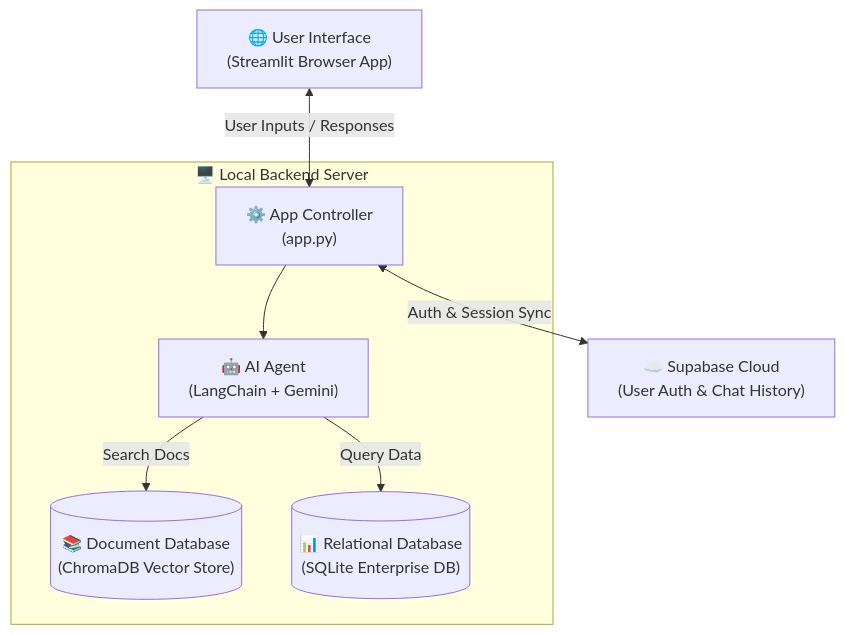
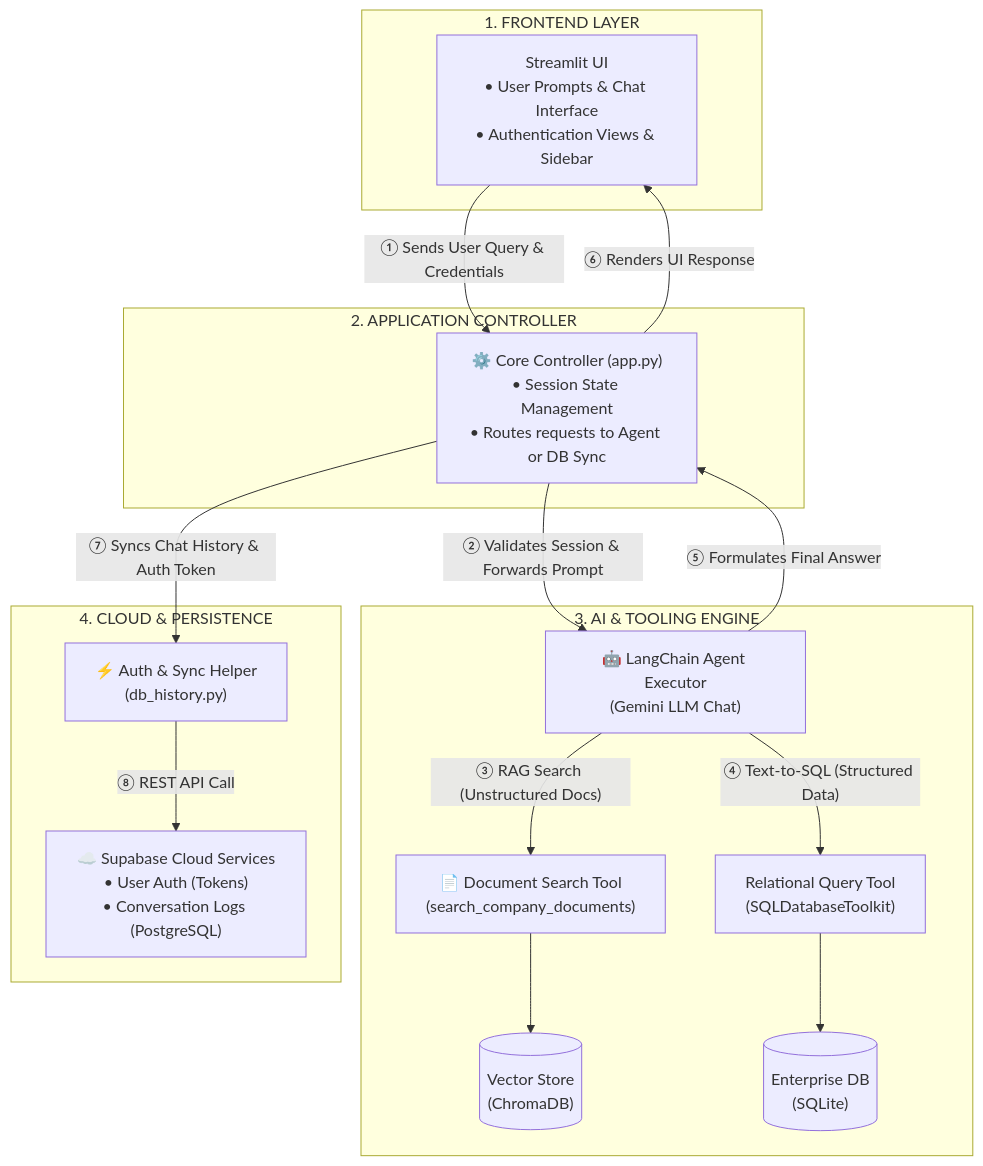
One commit to snehawalve/BizWhisperer-Smart-AI-Data-Agent changed the diagram in README.md. Above: the diagram before and after it, drawn with Mermaid.

````diff
--- a/README.md
+++ b/README.md
@@ -29,20 +29,38 @@
 ```mermaid
 flowchart TD
-    A["🌐 User Interface<br/>(Streamlit Browser App)"] 
-    
-    subgraph Server ["🖥️ Local Backend Server"]
-        B["⚙️ App Controller<br/>(app.py)"]
-        C["🤖 AI Agent<br/>(LangChain + Gemini)"]
-        D[("📚 Document Database<br/>(ChromaDB Vector Store)")]
-        E[("📊 Relational Database<br/>(SQLite Enterprise DB)")]
-        
-        B --> C
-        C -->|Search Docs| D
-        C -->|Query Data| E
+    %% Node Definitions
+    subgraph Layer1 ["1. FRONTEND LAYER"]
+        UI["Streamlit UI<br/>• User Prompts & Chat Interface<br/>• Authentication Views & Sidebar"]
     end
 
-    F["☁️ Supabase Cloud<br/>(User Auth & Chat History)"]
+    subgraph Layer2 ["2. APPLICATION CONTROLLER"]
+        APP["⚙️ Core Controller (app.py)<br/>• Session State Management<br/>• Routes requests to Agent or DB Sync"]
+    end
 
-    A <-->|"User Inputs / Responses"| B
-    B <-->|"Auth & Session Sync"| F
+    subgraph Layer3 ["3. AI & TOOLING ENGINE"]
+        AGENT["🤖 LangChain Agent Executor<br/>(Gemini LLM Chat)"]
+        TOOLS["📄 Document Search Tool<br/>(search_company_documents)"]
+        SQL_TOOL["Relational Query Tool<br/>(SQLDatabaseToolkit)"]
+        
+        VECTOR[("Vector Store<br/>(ChromaDB)")]
+        SQLITE[("Enterprise DB<br/>(SQLite)")]
+    end
+
+    subgraph Layer4 ["4. CLOUD & PERSISTENCE"]
+        DB_HIST["⚡ Auth & Sync Helper<br/>(db_history.py)"]
+        SUPA["☁️ Supabase Cloud Services<br/>• User Auth (Tokens)<br/>• Conversation Logs (PostgreSQL)"]
+    end
+
+    %% Data Flow & Execution Order
+    UI -->|"① Sends User Query & Credentials"| APP
+    APP -->|"② Validates Session & Forwards Prompt"| AGENT
+    
+    AGENT -->|"③ RAG Search (Unstructured Docs)"| TOOLS --> VECTOR
+    AGENT -->|"④ Text-to-SQL (Structured Data)"| SQL_TOOL --> SQLITE
+    
+    AGENT -->|"⑤ Formulates Final Answer"| APP
+    APP -->|"⑥ Renders UI Response"| UI
+    
+    APP -->|"⑦ Syncs Chat History & Auth Token"| DB_HIST
+    DB_HIST -->|"⑧ REST API Call"| SUPA
 ```
````
